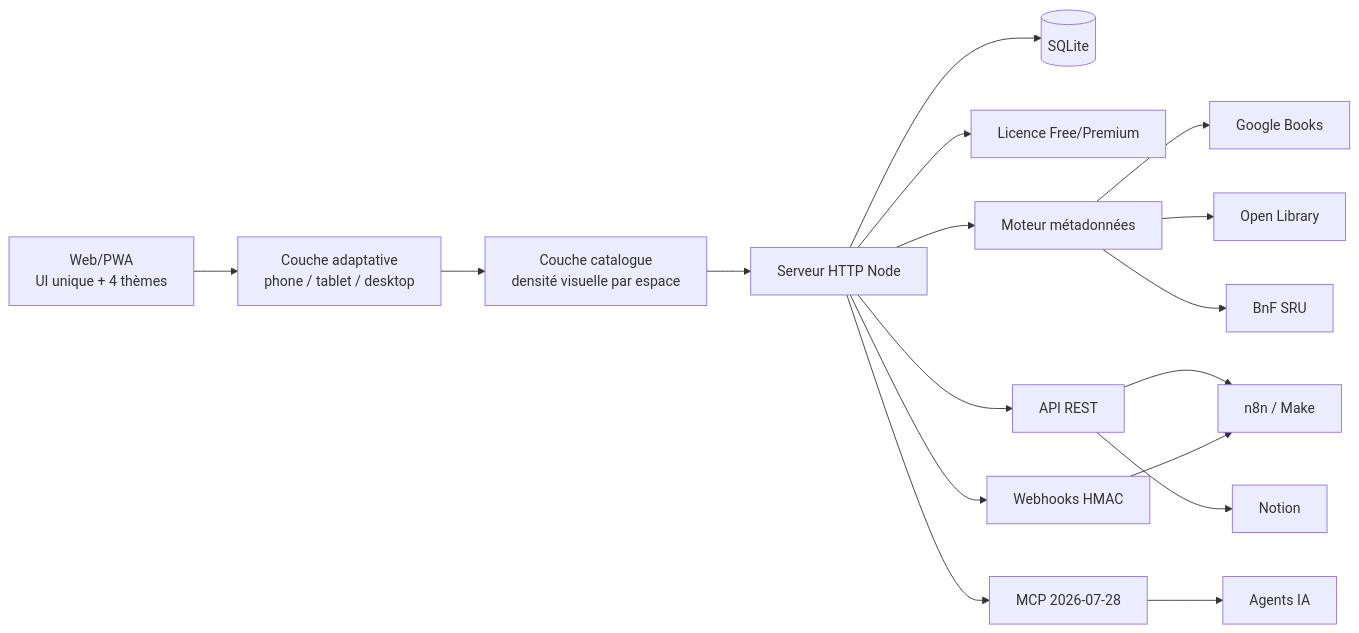
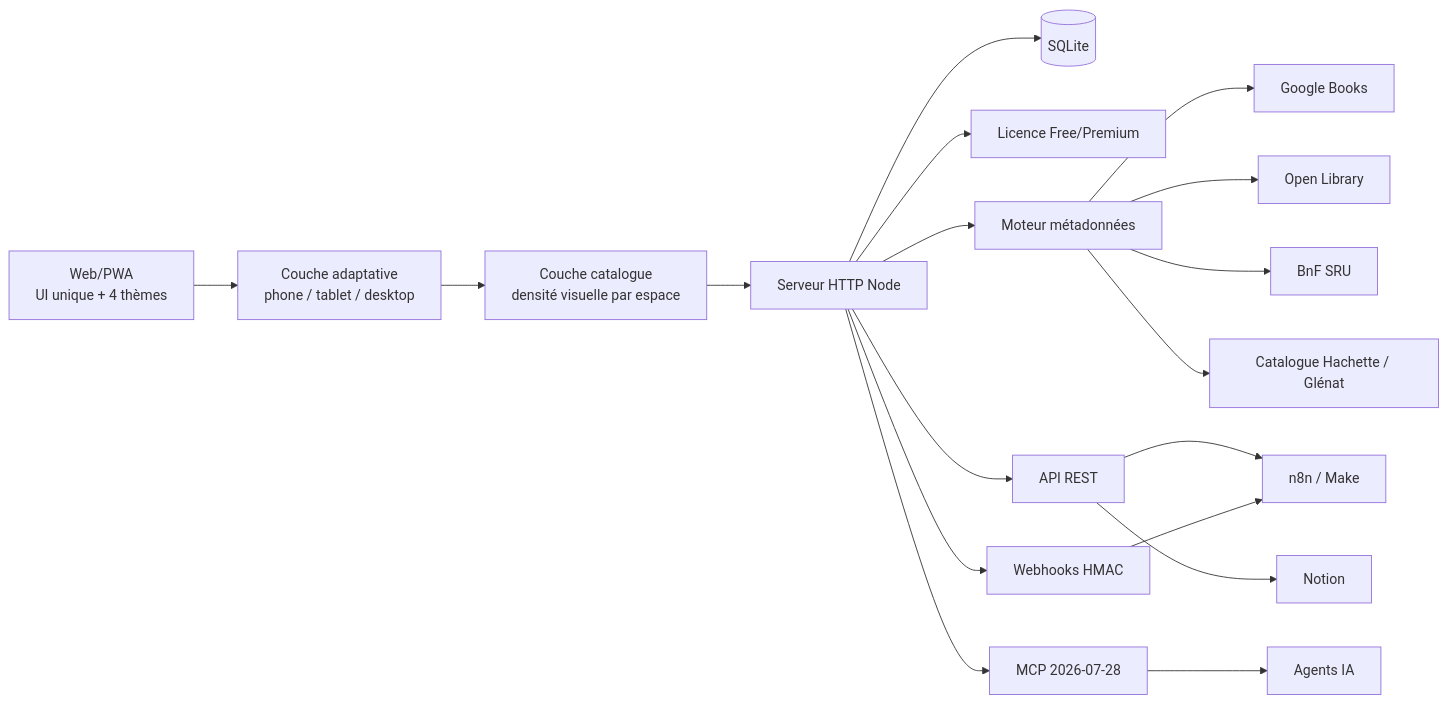
One commit to Etorrent-Org/Bd-desk changed the first of 2 diagrams in docs/ARCHITECTURE.md. Above: the diagram before and after it, drawn with Mermaid. The commit also changed other lines of this file and 34 other files, not shown here.

````diff
--- a/docs/ARCHITECTURE.md
+++ b/docs/ARCHITECTURE.md
@@ -5,19 +5,20 @@
 ```mermaid
 flowchart LR
   PWA[Web/PWA\nUI unique + 4 thèmes] --> ADAPT[Couche adaptative\nphone / tablet / desktop]
   ADAPT --> CATALOG[Couche catalogue\ndensité visuelle par espace]
   CATALOG --> HTTP[Serveur HTTP Node]
   HTTP --> DB[(SQLite)]
   HTTP --> LIC[Licence Free/Premium]
   HTTP --> META[Moteur métadonnées]
   META --> GB[Google Books]
   META --> OL[Open Library]
   META --> BNF[BnF SRU]
+  META --> HACH[Catalogue Hachette / Glénat]
   HTTP --> API[API REST]
   HTTP --> MCP[MCP 2026-07-28]
   HTTP --> WH[Webhooks HMAC]
   API --> N8N[n8n / Make]
   WH --> N8N
   API --> NOTION[Notion]
   MCP --> AI[Agents IA]
 ```
````
